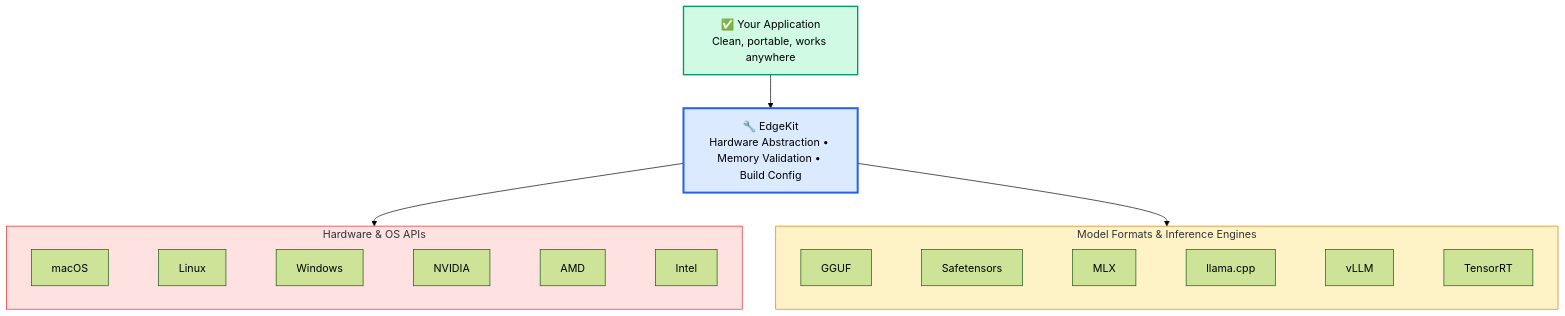
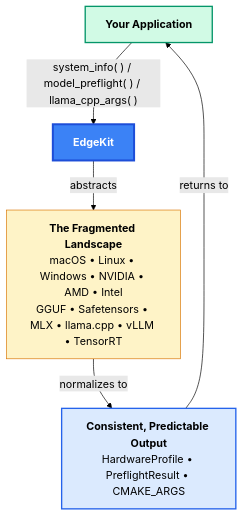
The diagram in README.md (lukerbs/InferenceUtils), drawn with Mermaid (forest theme) before and after one commit.

````diff
--- a/README.md
+++ b/README.md
@@ -7,23 +7,17 @@
 ```mermaid
 flowchart TD
-    App["✅ Your Application<br/>Clean, portable, works anywhere"]
-    App --> EdgeKit["🔧 EdgeKit<br/>Hardware Abstraction • Memory Validation • Build Config"]
+    App["<b>Your Application</b>"]
+    EdgeKit["<b>EdgeKit</b>"]
+    Complexity["<b>The Fragmented Landscape</b><br/>macOS • Linux • Windows • NVIDIA • AMD • Intel<br/>GGUF • Safetensors • MLX • llama.cpp • vLLM • TensorRT"]
+    Output["<b>Consistent, Predictable Output</b><br/>HardwareProfile • PreflightResult • CMAKE_ARGS"]
     
-    EdgeKit --> hw
-    EdgeKit --> engines
-    
-    subgraph hw["Hardware & OS APIs"]
-        direction LR
-        macOS["macOS"] ~~~ Linux["Linux"] ~~~ Windows["Windows"] ~~~ NVIDIA["NVIDIA"] ~~~ AMD["AMD"] ~~~ Intel["Intel"]
-    end
-    
-    subgraph engines["Model Formats & Inference Engines"]
-        direction LR
-        GGUF["GGUF"] ~~~ Safetensors["Safetensors"] ~~~ MLX["MLX"] ~~~ llamacpp["llama.cpp"] ~~~ vLLM["vLLM"] ~~~ TensorRT["TensorRT"]
-    end
+    App -->|"system_info( ) / model_preflight( ) / llama_cpp_args( )"| EdgeKit
+    EdgeKit -->|"abstracts"| Complexity
+    Complexity -->|"normalizes to"| Output
+    Output -->|"returns to"| App
     
     style App fill:#d1fae5,stroke:#059669,stroke-width:2px
-    style EdgeKit fill:#dbeafe,stroke:#2563eb,stroke-width:3px
-    style hw fill:#fee2e2,stroke:#dc2626
-    style engines fill:#fef3c7,stroke:#d97706
+    style EdgeKit fill:#3b82f6,stroke:#1d4ed8,stroke-width:3px,color:#fff
+    style Complexity fill:#fef3c7,stroke:#d97706
+    style Output fill:#dbeafe,stroke:#2563eb,stroke-width:2px
 ```
````
